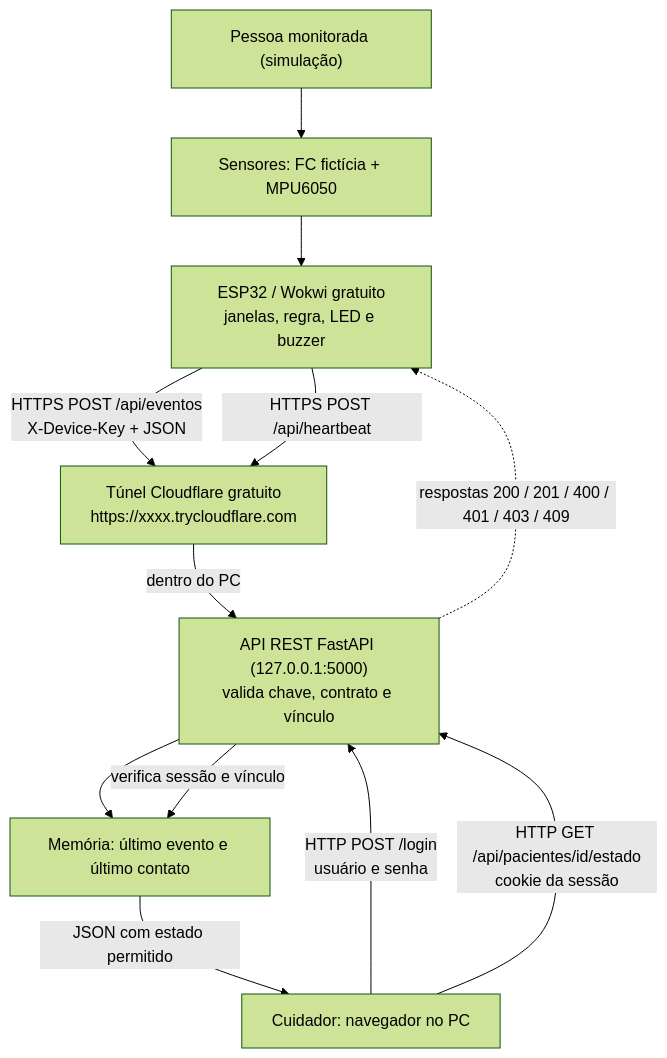
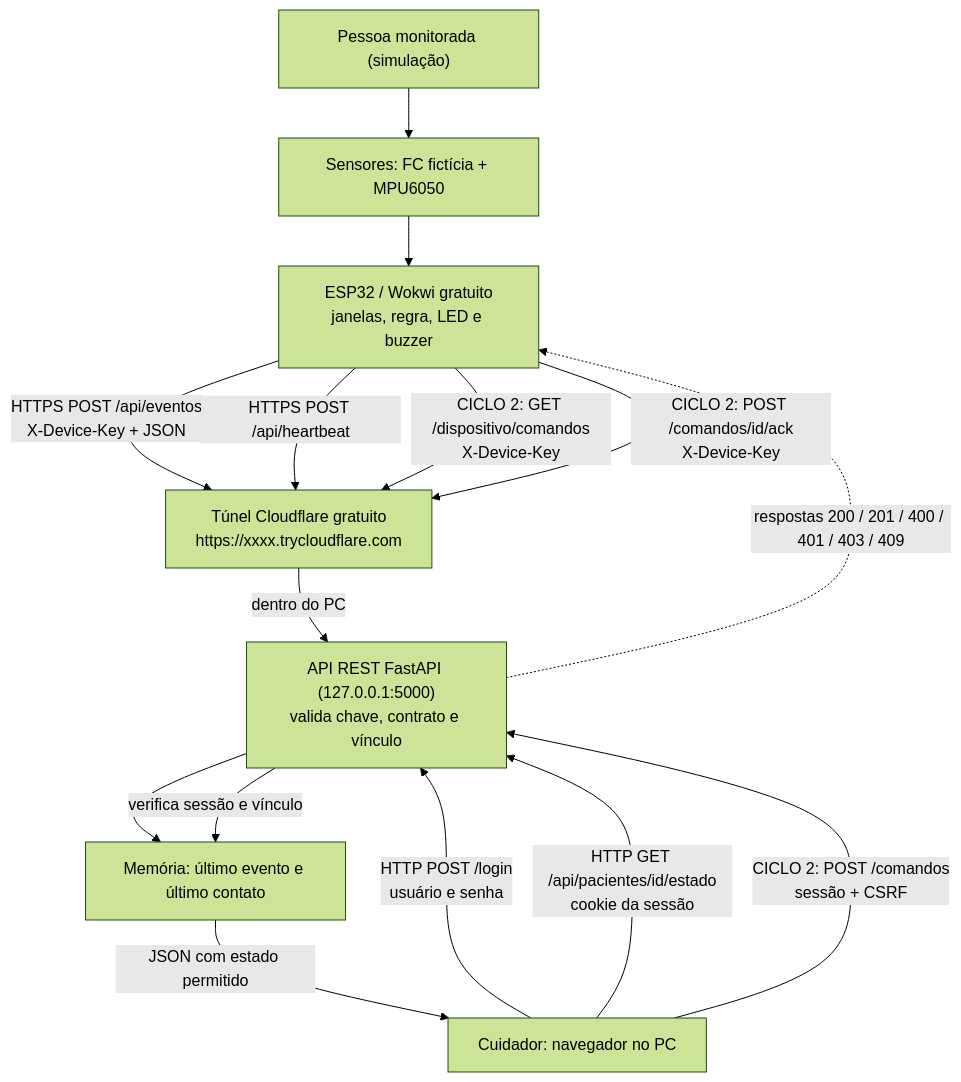
One commit to UFG-INF-SSU-2026/Internet-dos-Coisos changed the diagram in marco3/docs/arquitetura.mmd. Above: the diagram before and after it, drawn with Mermaid (forest theme). The commit also changed 6 other files, not shown here.

First line of the commit message:
Marco 3: ciclo 2 (comando do cuidador e ack do ESP32)

```diff
--- a/marco3/docs/arquitetura.mmd
+++ b/marco3/docs/arquitetura.mmd
@@ -1,12 +1,15 @@
 flowchart TD
     P["Pessoa monitorada (simulação)"] --> S["Sensores: FC fictícia + MPU6050"]
     S --> E["ESP32 / Wokwi gratuito<br/>janelas, regra, LED e buzzer"]
     E -->|"HTTPS POST /api/eventos<br/>X-Device-Key + JSON"| T["Túnel Cloudflare gratuito<br/>https://xxxx.trycloudflare.com"]
     E -->|"HTTPS POST /api/heartbeat"| T
     T -->|"dentro do PC"| API["API REST FastAPI (127.0.0.1:5000)<br/>valida chave, contrato e vínculo"]
     API --> MEM["Memória: último evento e último contato"]
     C["Cuidador: navegador no PC"] -->|"HTTP POST /login<br/>usuário e senha"| API
     C -->|"HTTP GET /api/pacientes/id/estado<br/>cookie da sessão"| API
     API -->|"verifica sessão e vínculo"| MEM
     MEM -->|"JSON com estado permitido"| C
     API -.->|"respostas 200 / 201 / 400 / 401 / 403 / 409"| E
+    C -->|"CICLO 2: POST /comandos<br/>sessão + CSRF"| API
+    E -->|"CICLO 2: GET /dispositivo/comandos<br/>X-Device-Key"| T
+    E -->|"CICLO 2: POST /comandos/id/ack<br/>X-Device-Key"| T
```
